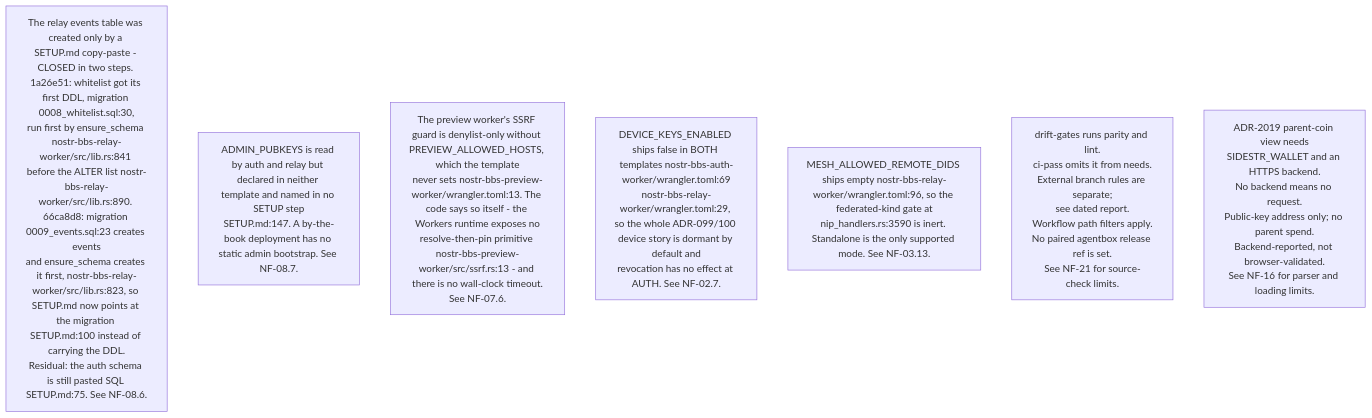
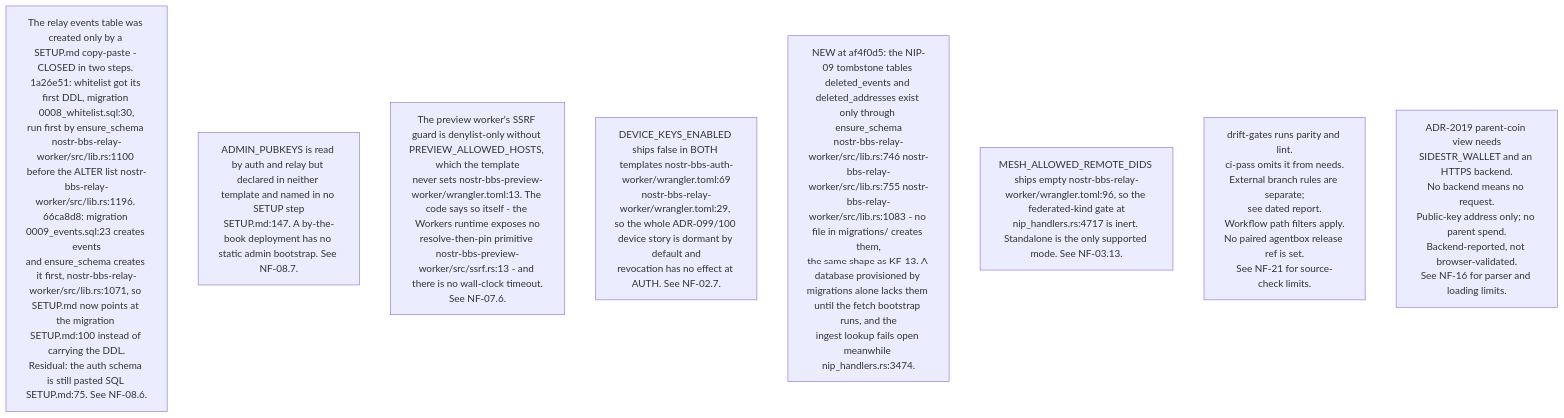
One commit to DreamLab-AI/VisionFlow changed the sixth of 13 diagrams in docs/diagrams/nostr-rust-forum/10-invariants-and-anomaly-register.md. Above: the diagram before and after it, drawn with Mermaid. The commit also changed other lines of this file, not shown here.

First line of the commit message:
docs(diagrams): NF-10 register re-verified at nostr-rust-forum af4f0d5

````diff
--- a/docs/diagrams/nostr-rust-forum/10-invariants-and-anomaly-register.md
+++ b/docs/diagrams/nostr-rust-forum/10-invariants-and-anomaly-register.md
@@ -156,19 +180,20 @@
 ```mermaid
 flowchart TB
-    S1["The relay events table was created only by a SETUP.md copy-paste - CLOSED in two steps. 1a26e51: whitelist got its first DDL, migration 0008_whitelist.sql:30,<br/>run first by ensure_schema nostr-bbs-relay-worker/src/lib.rs:841 before the ALTER list nostr-bbs-relay-worker/src/lib.rs:890. 66ca8d8: migration 0009_events.sql:23 creates events<br/>and ensure_schema creates it first, nostr-bbs-relay-worker/src/lib.rs:823, so SETUP.md now points at the migration SETUP.md:100 instead of carrying the DDL.<br/>Residual: the auth schema is still pasted SQL SETUP.md:75. See NF-08.6."]
+    S1["The relay events table was created only by a SETUP.md copy-paste - CLOSED in two steps. 1a26e51: whitelist got its first DDL, migration 0008_whitelist.sql:30,<br/>run first by ensure_schema nostr-bbs-relay-worker/src/lib.rs:1100 before the ALTER list nostr-bbs-relay-worker/src/lib.rs:1196. 66ca8d8: migration 0009_events.sql:23 creates events<br/>and ensure_schema creates it first, nostr-bbs-relay-worker/src/lib.rs:1071, so SETUP.md now points at the migration SETUP.md:100 instead of carrying the DDL.<br/>Residual: the auth schema is still pasted SQL SETUP.md:75. See NF-08.6."]
     S2["ADMIN_PUBKEYS is read by auth and relay but declared in neither template and named in no SETUP step<br/>SETUP.md:147. A by-the-book deployment has no static admin bootstrap. See NF-08.7."]
     S3["The preview worker's SSRF guard is denylist-only without PREVIEW_ALLOWED_HOSTS, which the template<br/>never sets nostr-bbs-preview-worker/wrangler.toml:13. The code says so itself - the Workers runtime exposes no<br/>resolve-then-pin primitive nostr-bbs-preview-worker/src/ssrf.rs:13 - and there is no wall-clock timeout.<br/>See NF-07.6."]
     S4["DEVICE_KEYS_ENABLED ships false in BOTH templates nostr-bbs-auth-worker/wrangler.toml:69<br/>nostr-bbs-relay-worker/wrangler.toml:29, so the whole ADR-099/100 device story is dormant by default and<br/>revocation has no effect at AUTH. See NF-02.7."]
-    S5["MESH_ALLOWED_REMOTE_DIDS ships empty nostr-bbs-relay-worker/wrangler.toml:96, so the federated-kind gate at<br/>nip_handlers.rs:3590 is inert. Standalone is the only supported mode. See NF-03.13."]
+    S8["NEW at af4f0d5: the NIP-09 tombstone tables deleted_events and deleted_addresses exist only through ensure_schema<br/>nostr-bbs-relay-worker/src/lib.rs:746 nostr-bbs-relay-worker/src/lib.rs:755 nostr-bbs-relay-worker/src/lib.rs:1083 - no file in migrations/ creates them,<br/>the same shape as KF-13. A database provisioned by migrations alone lacks them until the fetch bootstrap runs, and the<br/>ingest lookup fails open meanwhile nip_handlers.rs:3474."]
+    S5["MESH_ALLOWED_REMOTE_DIDS ships empty nostr-bbs-relay-worker/wrangler.toml:96, so the federated-kind gate at<br/>nip_handlers.rs:4717 is inert. Standalone is the only supported mode. See NF-03.13."]
     %% Source: ../nostr-rust-forum/.github/workflows/ci.yml:293
     %% Source: ../nostr-rust-forum/.github/workflows/ci.yml:296
     %% Source: ../nostr-rust-forum/.github/workflows/ci.yml:306
     %% Source: ../nostr-rust-forum/.github/workflows/ci.yml:20
     %% Source: ../nostr-rust-forum/.github/workflows/ci.yml:283
     S6["drift-gates runs parity and lint.<br/>ci-pass omits it from needs.<br/>External branch rules are separate;<br/>see dated report.<br/>Workflow path filters apply.<br/>No paired agentbox release ref is set.<br/>See NF-21 for source-check limits."]
     %% Source: ../nostr-rust-forum/crates/nostr-bbs-forum-client/src/wallet/mod.rs:268
     %% Source: ../nostr-rust-forum/crates/nostr-bbs-forum-client/src/wallet/parent.rs:50
     %% Source: ../nostr-rust-forum/crates/nostr-bbs-forum-client/src/wallet/parent.rs:56
     %% Source: ../nostr-rust-forum/crates/nostr-bbs-forum-client/src/wallet/parent.rs:63
     S7["ADR-2019 parent-coin view needs<br/>SIDESTR_WALLET and an HTTPS backend.<br/>No backend means no request.<br/>Public-key address only; no parent spend.<br/>Backend-reported, not browser-validated.<br/>See NF-16 for parser and loading limits."]
 ```
````
